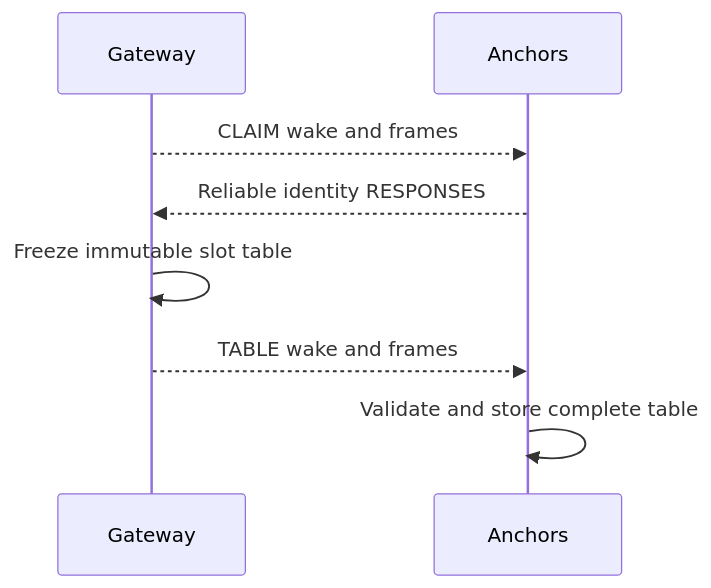
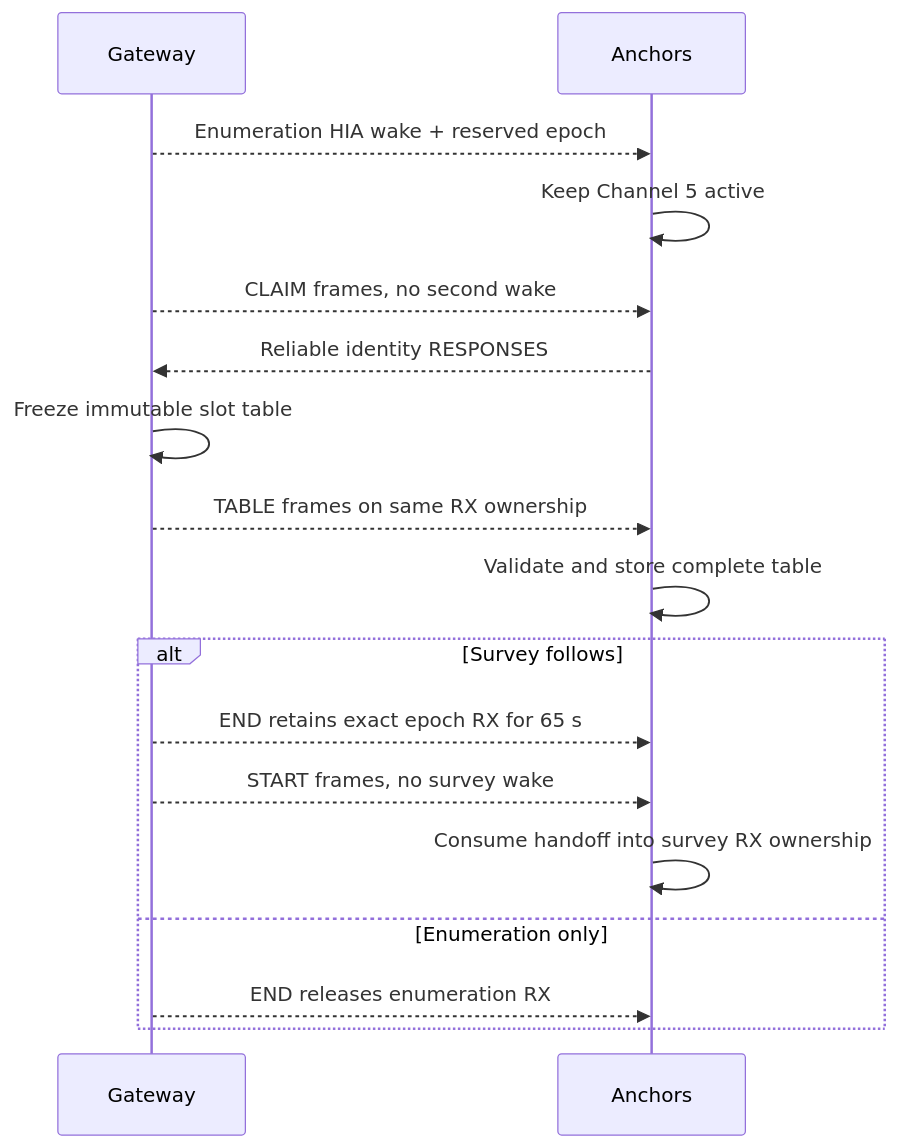
Before and after one commit to Jubliano-sama/IMEC2: the tenth of 12 diagrams in Documentation/IMEC2_Firmware_State_Machine_Design.md, drawn with Mermaid. The commit also changed other lines of this file and 63 other files, not shown here.

Commit message:
mesh: carry enumeration ownership into survey

````diff
--- a/Documentation/IMEC2_Firmware_State_Machine_Design.md
+++ b/Documentation/IMEC2_Firmware_State_Machine_Design.md
@@ -321,11 +321,20 @@
 ```mermaid
 sequenceDiagram
     participant GW as Gateway
     participant A as Anchors
 
-    GW-->>A: CLAIM wake and frames
+    GW-->>A: Enumeration HIA wake + reserved epoch
+    A->>A: Keep Channel 5 active
+    GW-->>A: CLAIM frames, no second wake
     A-->>GW: Reliable identity RESPONSES
     GW->>GW: Freeze immutable slot table
-    GW-->>A: TABLE wake and frames
+    GW-->>A: TABLE frames on same RX ownership
     A->>A: Validate and store complete table
+    alt Survey follows
+        GW-->>A: END retains exact epoch RX for 65 s
+        GW-->>A: START frames, no survey wake
+        A->>A: Consume handoff into survey RX ownership
+    else Enumeration only
+        GW-->>A: END releases enumeration RX
+    end
 ```
````
